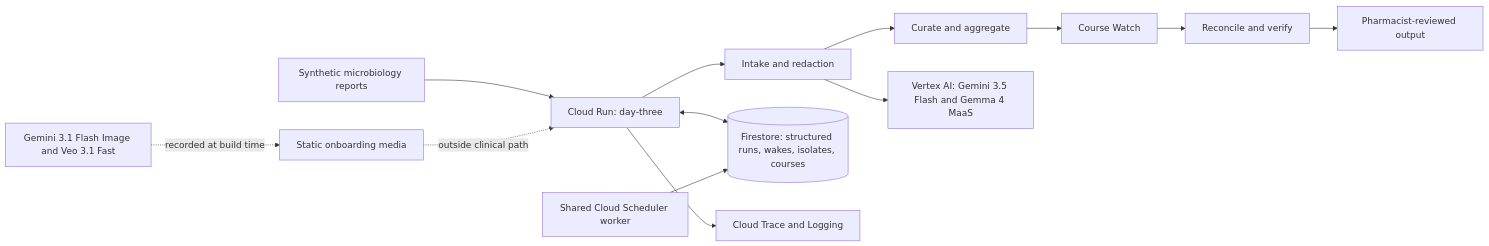
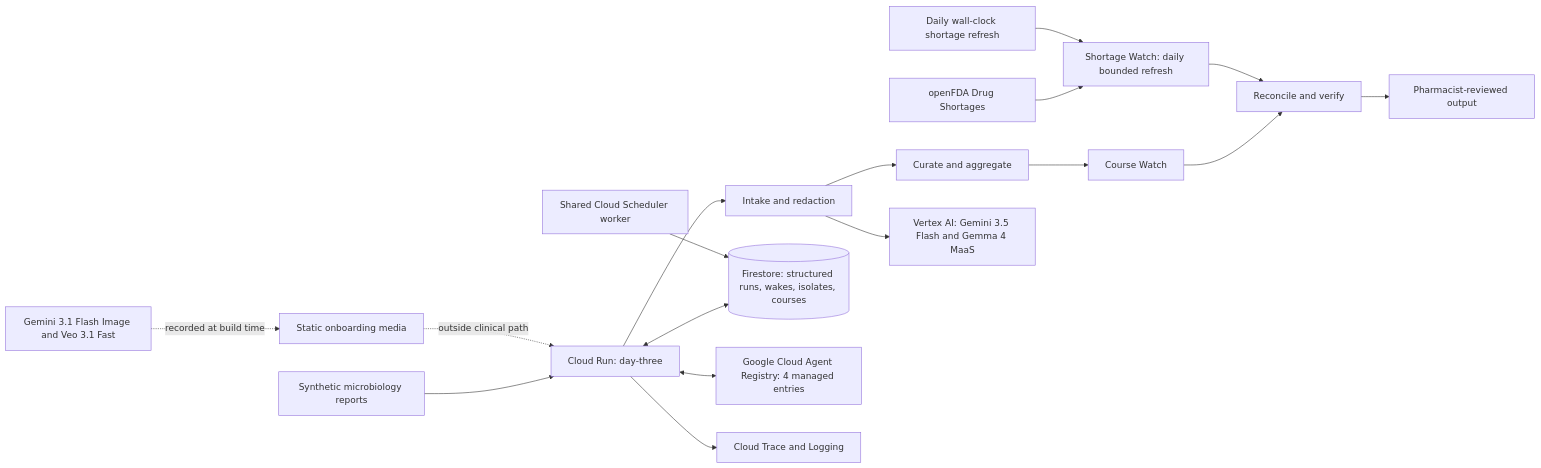
Before and after one commit to usv240/day-three: the diagram in docs/architecture.mmd, drawn with Mermaid. The commit also changed 34 other files, not shown here.

```diff
--- a/docs/architecture.mmd
+++ b/docs/architecture.mmd
@@ -1,13 +1,17 @@
 flowchart LR
     A[Synthetic microbiology reports] --> B[Cloud Run: day-three]
     B --> I[Intake and redaction]
     I --> C[Curate and aggregate]
     C --> W[Course Watch]
     W --> R[Reconcile and verify]
+    D[openFDA Drug Shortages] --> SW[Shortage Watch: daily bounded refresh]
+    SW --> R
+    DS[Daily wall-clock shortage refresh] --> SW
     B <--> F[(Firestore: structured runs, wakes, isolates, courses)]
     I --> V[Vertex AI: Gemini 3.5 Flash and Gemma 4 MaaS]
     S[Shared Cloud Scheduler worker] --> F
+    B <--> G[Google Cloud Agent Registry: 4 managed entries]
     B --> T[Cloud Trace and Logging]
     R --> H[Pharmacist-reviewed output]
     M[Gemini 3.1 Flash Image and Veo 3.1 Fast] -. recorded at build time .-> O[Static onboarding media]
     O -. outside clinical path .-> B
```
